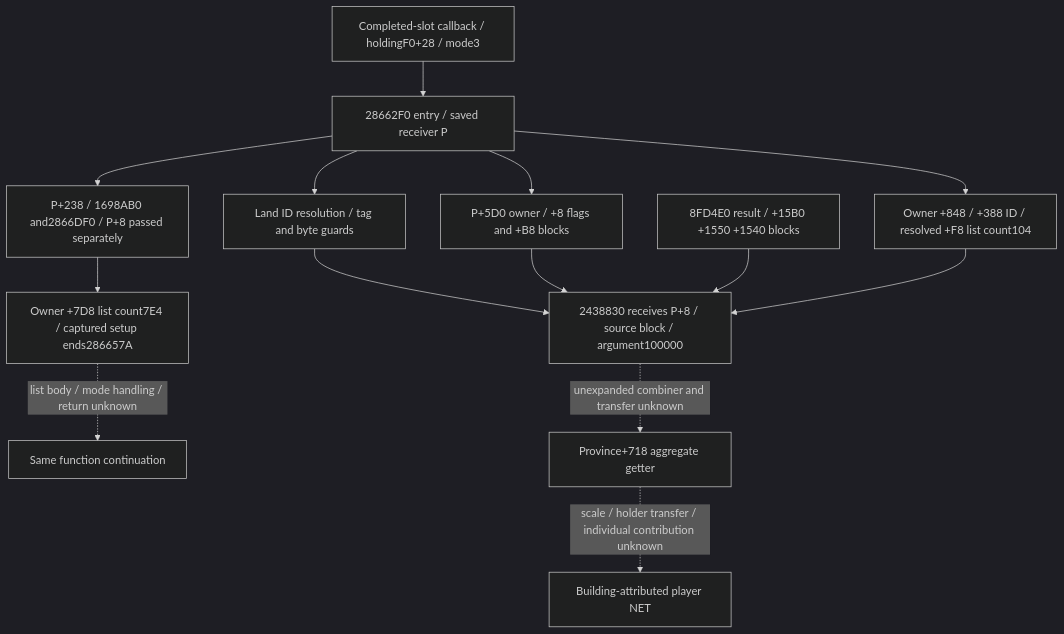
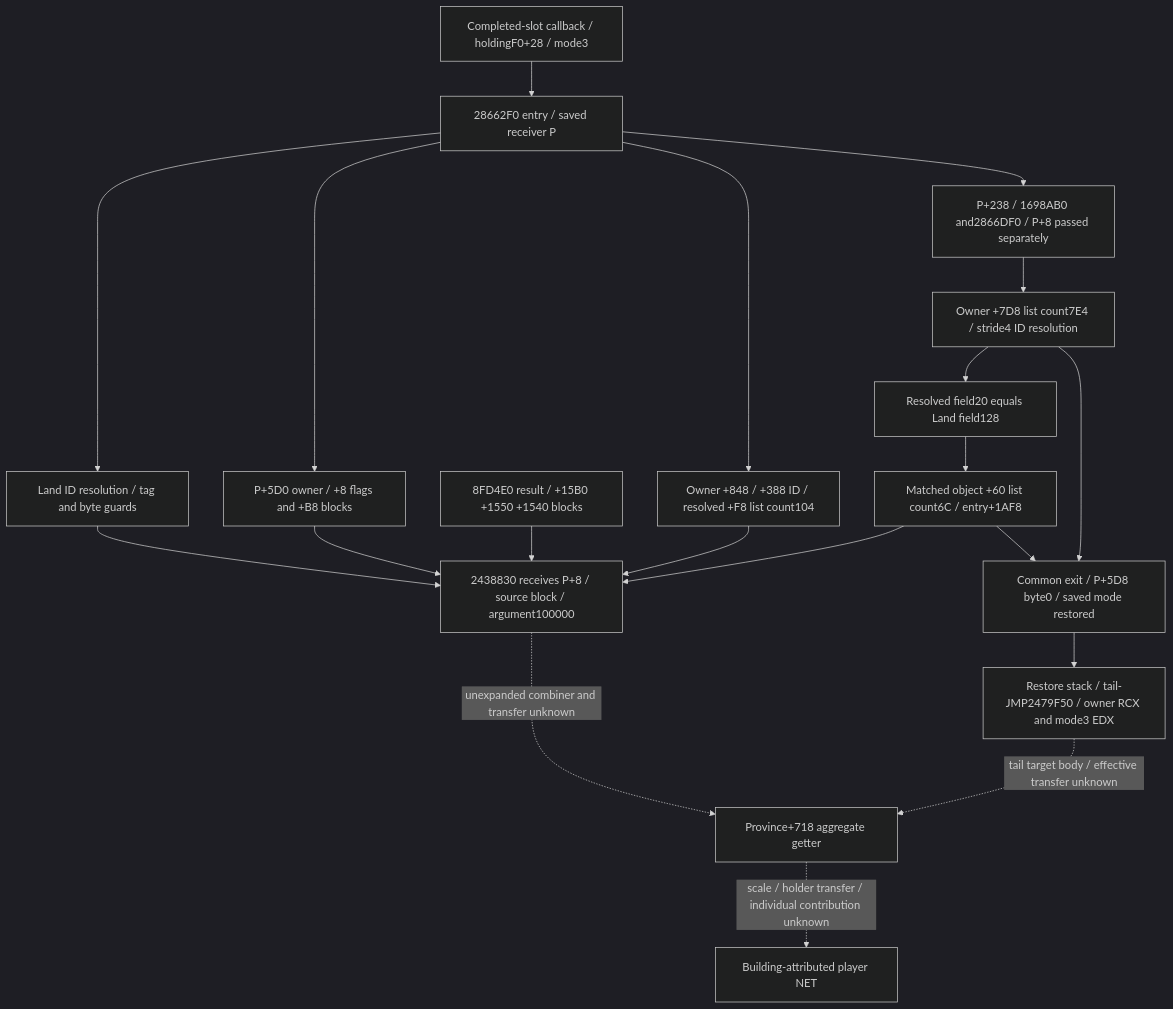
One commit to XenoAmess/ck3_eternal_recurrence changed the third of 4 diagrams in docs/ck3-native-ai/construction-economic-consumers-12004.md. Above: the diagram before and after it, drawn with Mermaid (dark theme). The commit also changed other lines of this file, not shown here.

Commit message:
Close mode3 owner transfer and document cash query registration

````diff
--- a/docs/ck3-native-ai/construction-economic-consumers-12004.md
+++ b/docs/ck3-native-ai/construction-economic-consumers-12004.md
@@ -472,16 +494,22 @@
 ```mermaid
 flowchart TD
   E[Completed-slot callback / holdingF0+28 / mode3] --> P[28662F0 entry / saved receiver P]
   P --> L[Land ID resolution / tag and byte guards]
   L --> C[2438830 receives P+8 / source block / argument100000]
   P --> O[P+5D0 owner / +8 flags and +B8 blocks]
   O --> C
   G[8FD4E0 result / +15B0 +1550 +1540 blocks] --> C
   P --> I[Owner +848 / +388 ID / resolved +F8 list count104]
   I --> C
   P --> A[P+238 / 1698AB0 and2866DF0 / P+8 passed separately]
-  A --> T[Owner +7D8 list count7E4 / captured setup ends286657A]
-  T -. list body / mode handling / return unknown .-> U[Same function continuation]
+  A --> T[Owner +7D8 list count7E4 / stride4 ID resolution]
+  T --> J[Resolved field20 equals Land field128]
+  J --> K[Matched object +60 list count6C / entry+1AF8]
+  K --> C
+  T --> X[Common exit / P+5D8 byte0 / saved mode restored]
+  K --> X
+  X --> U[Restore stack / tail-JMP2479F50 / owner RCX and mode3 EDX]
+  U -. tail target body / effective transfer unknown .-> V[Province+718 aggregate getter]
   C -. unexpanded combiner and transfer unknown .-> V[Province+718 aggregate getter]
   V -. scale / holder transfer / individual contribution unknown .-> N[Building-attributed player NET]
 ```
````
